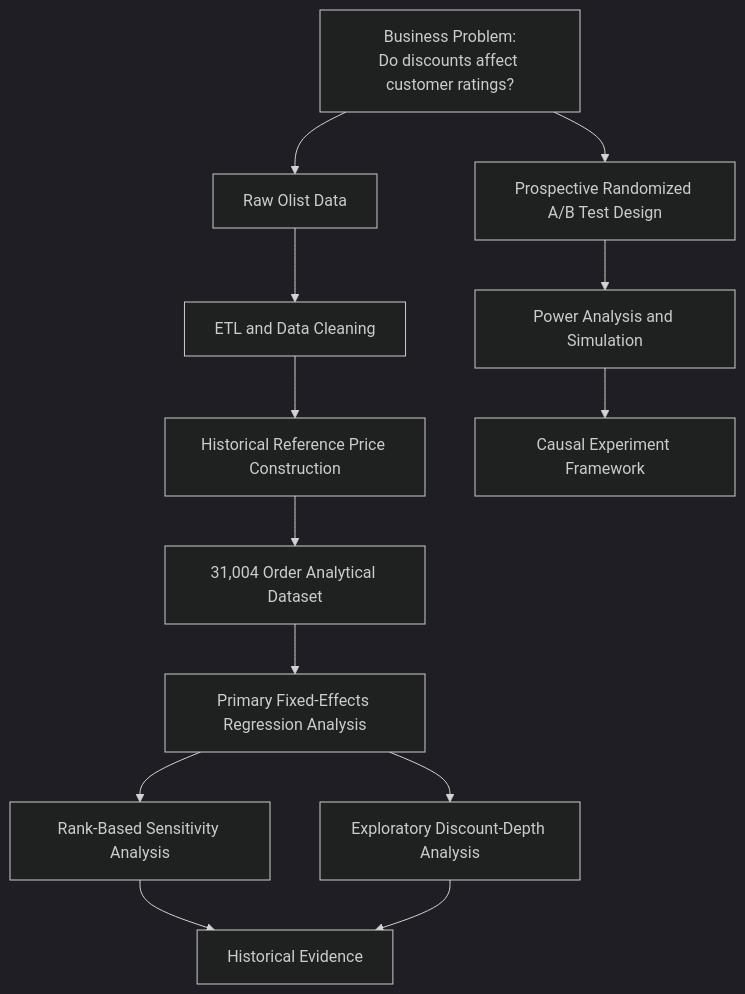
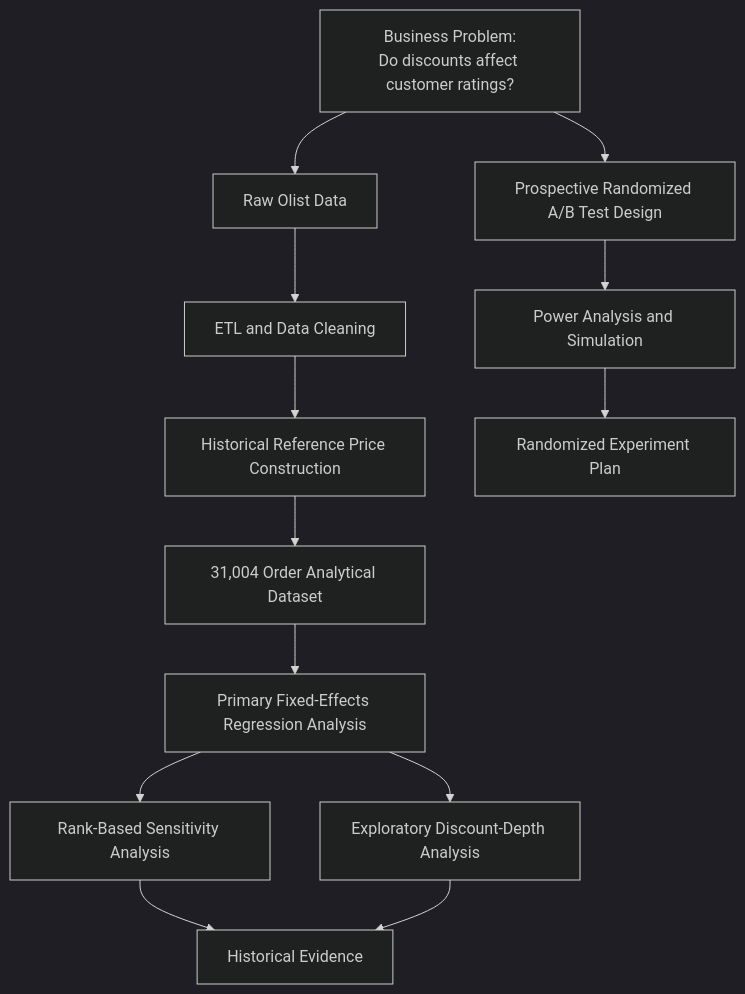
One commit to joelaniado/olist-discount-ratings-analysis changed the diagram in README.md. Above: the diagram before and after it, drawn with Mermaid (dark theme). The commit also changed other lines of this file and 3 other files, not shown here.

````diff
--- a/README.md
+++ b/README.md
@@ -24,19 +24,19 @@
 ```mermaid
 flowchart TD
     A["Business Problem:<br/>Do discounts affect customer ratings?"]
 
     A --> B["Prospective Randomized A/B Test Design"]
     B --> C["Power Analysis and Simulation"]
 
     A --> D["Raw Olist Data"]
     D --> E["ETL and Data Cleaning"]
     E --> F["Historical Reference Price Construction"]
     F --> G["31,004 Order Analytical Dataset"]
     G --> H["Primary Fixed-Effects Regression Analysis"]
     H --> I["Rank-Based Sensitivity Analysis"]
     H --> J["Exploratory Discount-Depth Analysis"]
 
-    C --> K["Causal Experiment Framework"]
+    C --> K["Randomized Experiment Plan"]
     I --> L["Historical Evidence"]
     J --> L
 ```
````
